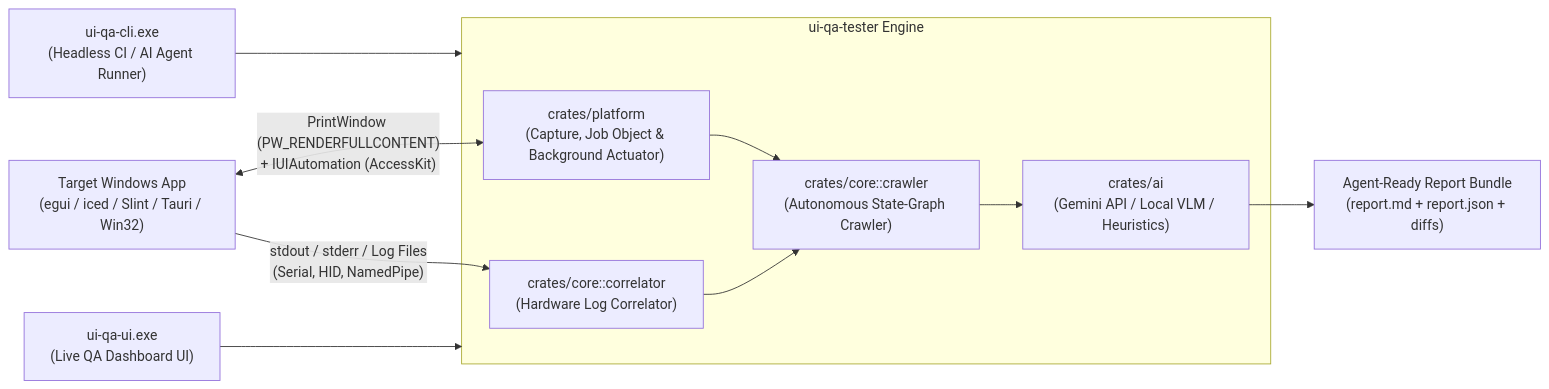
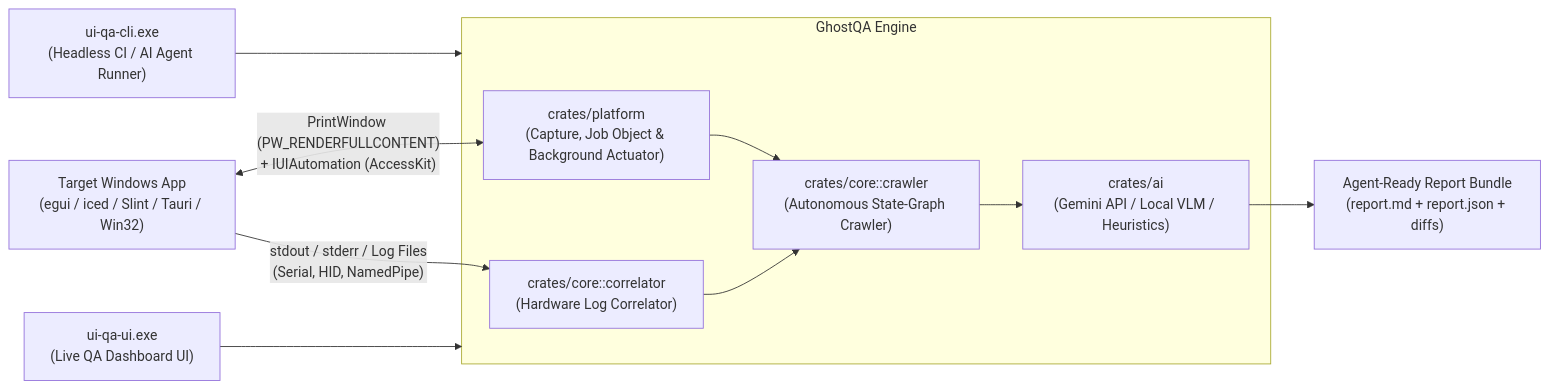
One commit to dooperdrew/ghost-qa changed the diagram in README.md. Above: the diagram before and after it, drawn with Mermaid. The commit also changed other lines of this file and 12 other files, not shown here.

````diff
--- a/README.md
+++ b/README.md
@@ -131,20 +131,20 @@
 ```mermaid
 flowchart LR
     TARGET["Target Windows App<br/>(egui / iced / Slint / Tauri / Win32)"] <-->|"PrintWindow (PW_RENDERFULLCONTENT)<br/>+ IUIAutomation (AccessKit)"| PLATFORM
     TARGET -->|"stdout / stderr / Log Files<br/>(Serial, HID, NamedPipe)"| CORR
     
-    subgraph ENGINE["ui-qa-tester Engine"]
+    subgraph ENGINE["GhostQA Engine"]
         PLATFORM["crates/platform<br/>(Capture, Job Object & Background Actuator)"]
         CORR["crates/core::correlator<br/>(Hardware Log Correlator)"]
         VISION["crates/ai<br/>(Gemini API / Local VLM / Heuristics)"]
         CRAWLER["crates/core::crawler<br/>(Autonomous State-Graph Crawler)"]
     end
     
     PLATFORM --> CRAWLER
     CORR --> CRAWLER
     CRAWLER --> VISION
     VISION --> REPORT["Agent-Ready Report Bundle<br/>(report.md + report.json + diffs)"]
     
     CLI["ui-qa-cli.exe<br/>(Headless CI / AI Agent Runner)"] --> ENGINE
     UI["ui-qa-ui.exe<br/>(Live QA Dashboard UI)"] --> ENGINE
 ```
````
